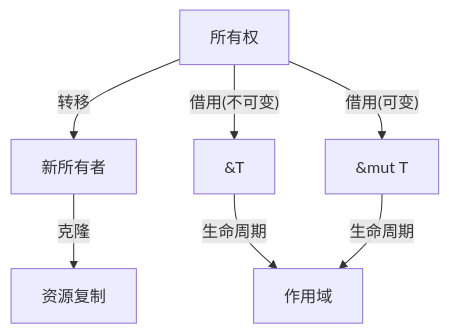
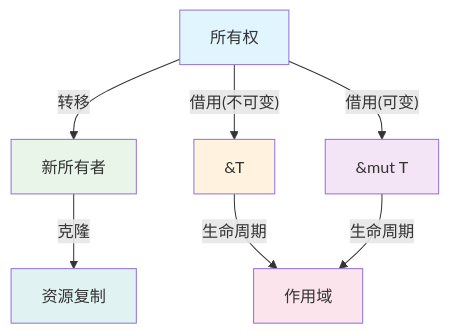
One commit to martin-ly/rust-lang changed the first of 2 diagrams in formal_rust/refactor/01_core_theory/01_variable_system/04_symmetry_principle.md. Above: the diagram before and after it, drawn with Mermaid. The commit also changed other lines of this file and 48 other files, not shown here.

````diff
--- a/formal_rust/refactor/01_core_theory/01_variable_system/04_symmetry_principle.md
+++ b/formal_rust/refactor/01_core_theory/01_variable_system/04_symmetry_principle.md
@@ -66,9 +214,16 @@
 ```mermaid
 graph TD
     A[所有权] -- 转移 --> B[新所有者]
     A -- 借用(不可变) --> C[&T]
     A -- 借用(可变) --> D[&mut T]
     B -- 克隆 --> E[资源复制]
     C -- 生命周期 --> F[作用域]
     D -- 生命周期 --> F
+    
+    style A fill:#e1f5fe
+    style B fill:#e8f5e8
+    style C fill:#fff3e0
+    style D fill:#f3e5f5
+    style E fill:#e0f2f1
+    style F fill:#fce4ec
 ```
````
